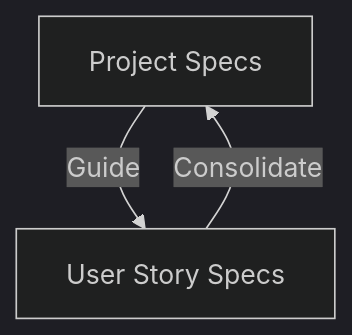
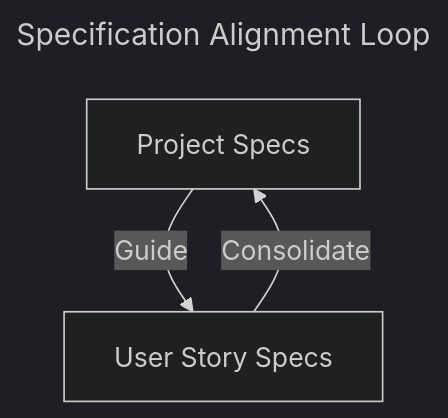
The first of 9 diagrams in README.md (mtov/AgileSpec), drawn with Mermaid (dark theme) before and after one commit.

Commit message:
docs: add title to specification alignment loop diagram

````diff
--- a/README.md
+++ b/README.md
@@ -70,5 +70,8 @@
 ```mermaid
+---
+title: Specification Alignment Loop
+---
 flowchart TB
     P["Project Specs"] -->|"Guide"| S["User Story Specs"]
     S -->|"Consolidate"| P
 ```
````
